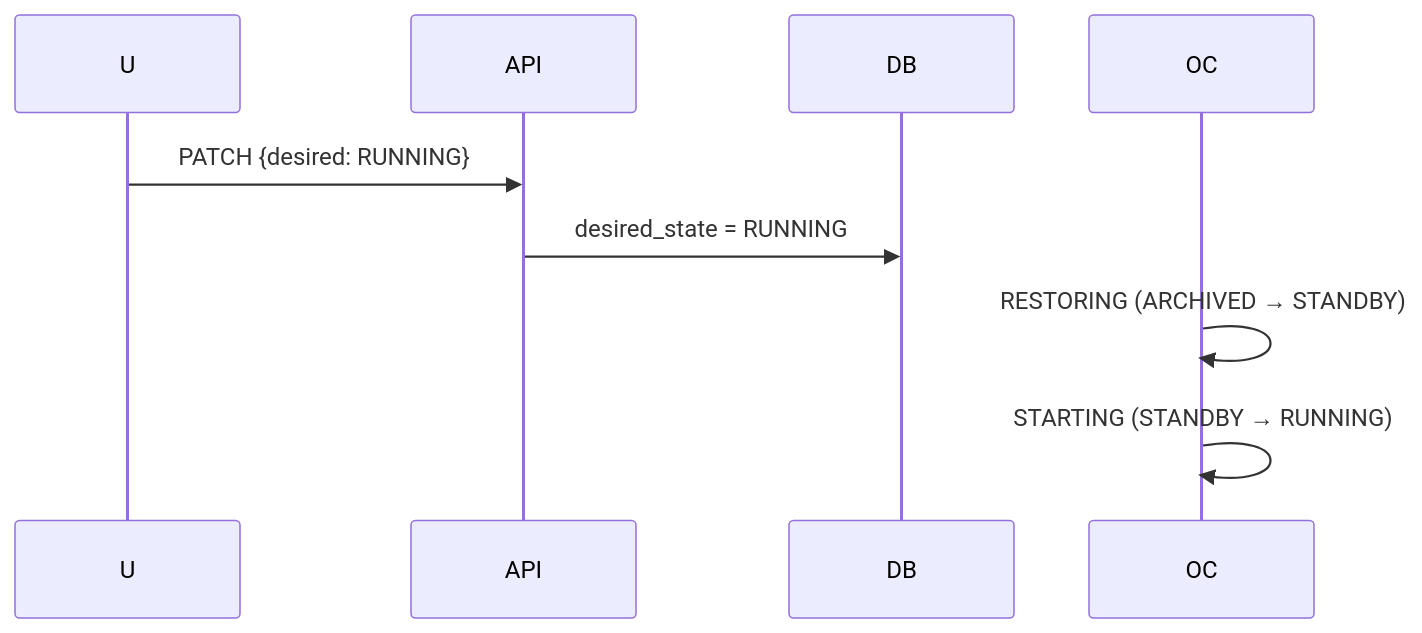
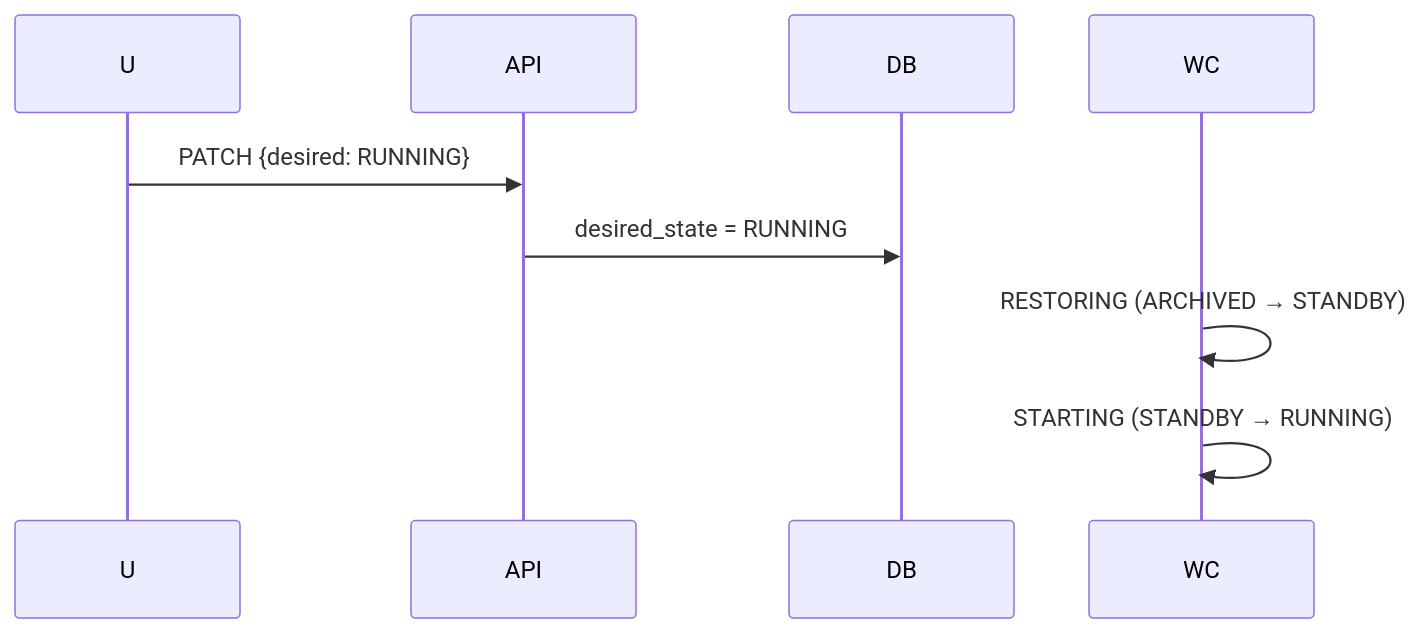
One commit to cagojeiger/code-hub changed the seventh of 7 diagrams in docs/spec_v2/02-states.md. Above: the diagram before and after it, drawn with Mermaid. The commit also changed other lines of this file and 6 other files, not shown here.

````diff
--- a/docs/spec_v2/02-states.md
+++ b/docs/spec_v2/02-states.md
@@ -368,7 +371,7 @@
 ```mermaid
 sequenceDiagram
     U->>API: PATCH {desired: RUNNING}
     API->>DB: desired_state = RUNNING
-    OC->>OC: RESTORING (ARCHIVED → STANDBY)
-    OC->>OC: STARTING (STANDBY → RUNNING)
+    WC->>WC: RESTORING (ARCHIVED → STANDBY)
+    WC->>WC: STARTING (STANDBY → RUNNING)
 ```
````
